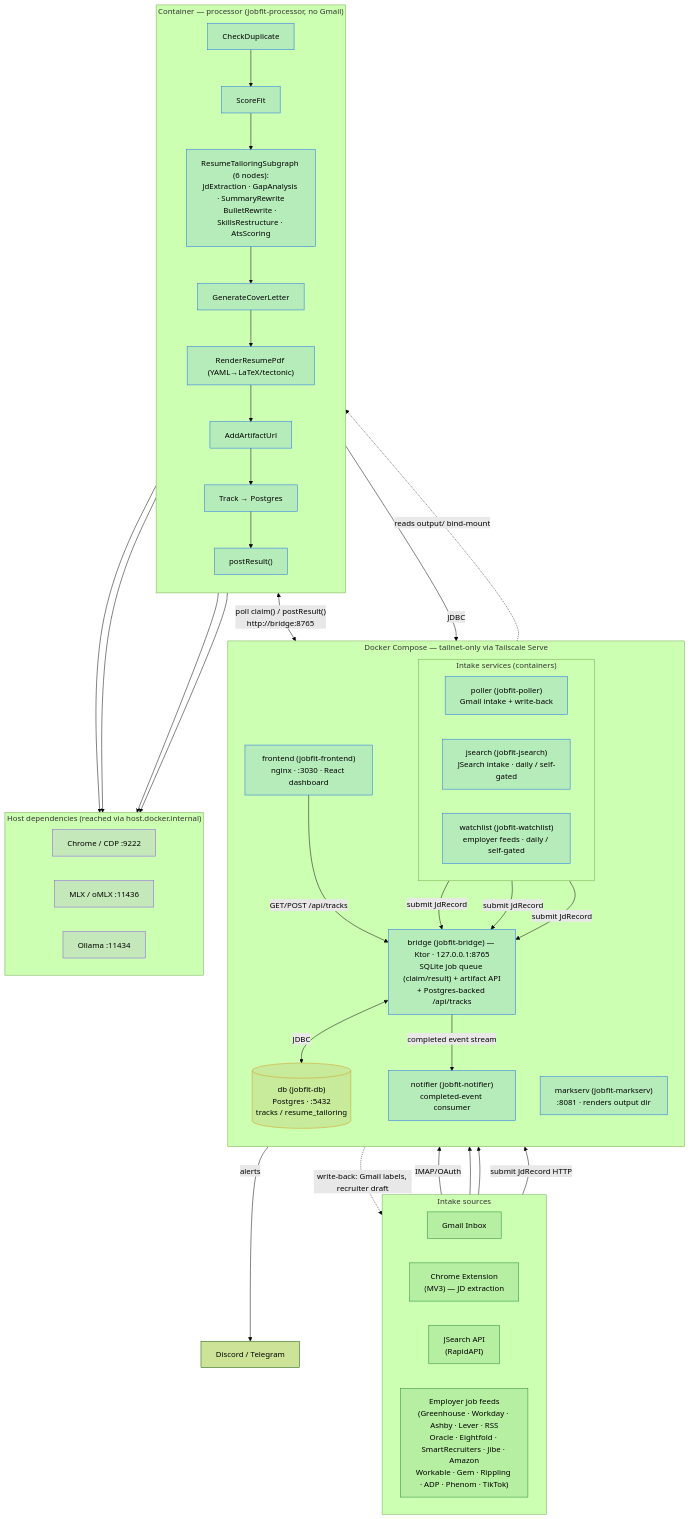
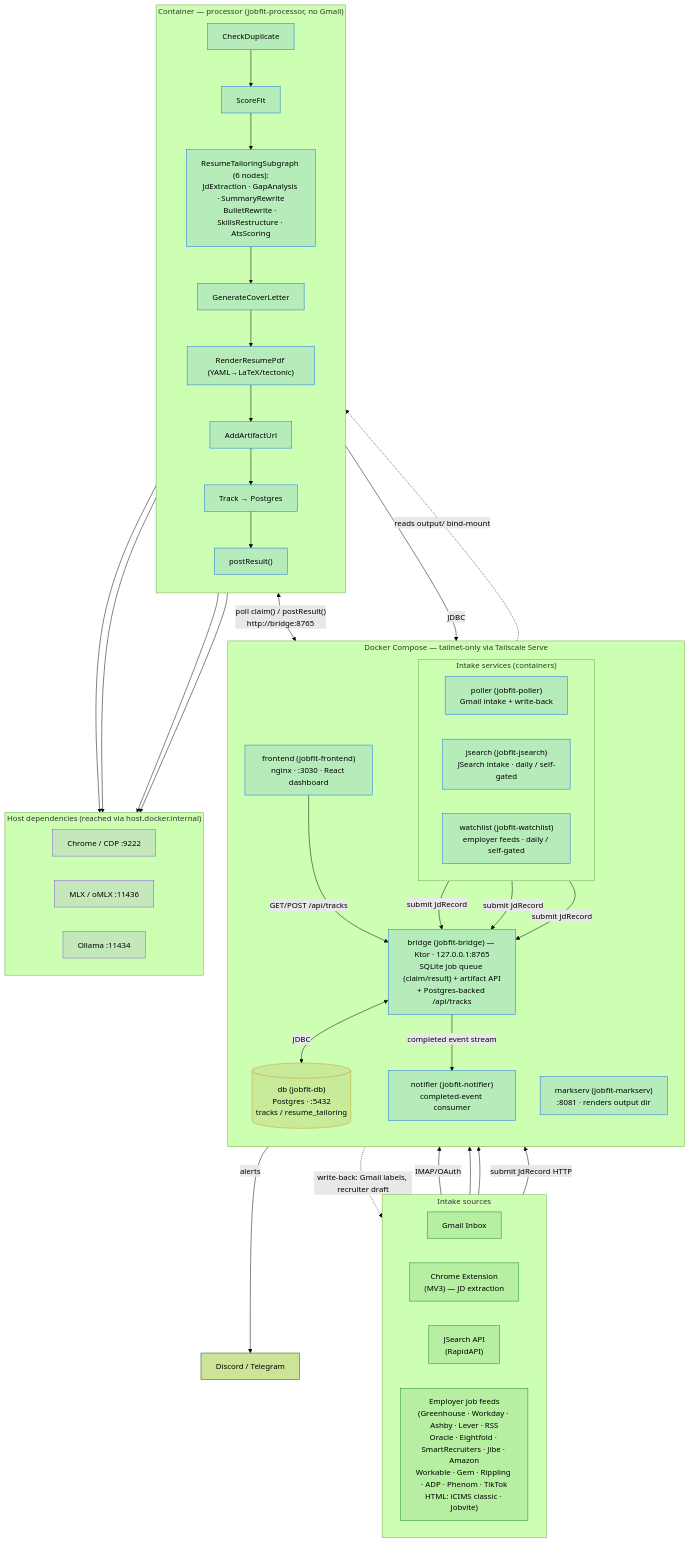
One commit to dkkyai/job-fit-apply-ai changed the diagram in README.md. Above: the diagram before and after it, drawn with Mermaid (forest theme). The commit also changed 12 other files, not shown here.

First line of the commit message:
feat(watchlist): HTML board adapters for classic iCIMS and Jobvite

```diff
--- a/README.md
+++ b/README.md
@@ -18,7 +18,7 @@
         GM["Gmail Inbox"]
         EXT["Chrome Extension<br/>(MV3) — JD extraction"]
         JS_API["JSearch API<br/>(RapidAPI)"]
-        ATS["Employer job feeds<br/>(Greenhouse · Workday · Ashby · Lever · RSS<br/>Oracle · Eightfold · SmartRecruiters · Jibe · Amazon<br/>Workable · Gem · Rippling · ADP · Phenom · TikTok)"]
+        ATS["Employer job feeds<br/>(Greenhouse · Workday · Ashby · Lever · RSS<br/>Oracle · Eightfold · SmartRecruiters · Jibe · Amazon<br/>Workable · Gem · Rippling · ADP · Phenom · TikTok<br/>HTML: iCIMS classic · Jobvite)"]
     end
 
     %% ---------------- Docker Compose ----------------
```
